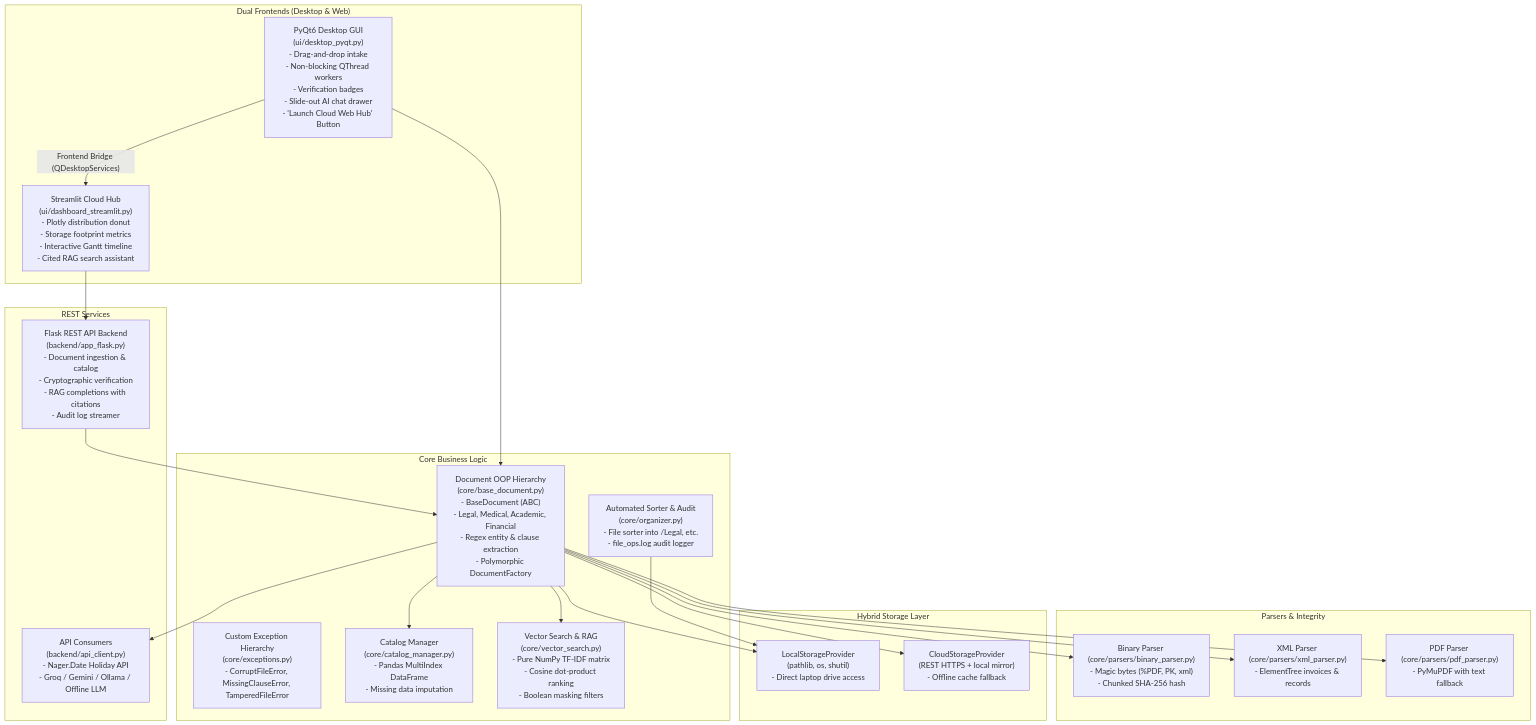
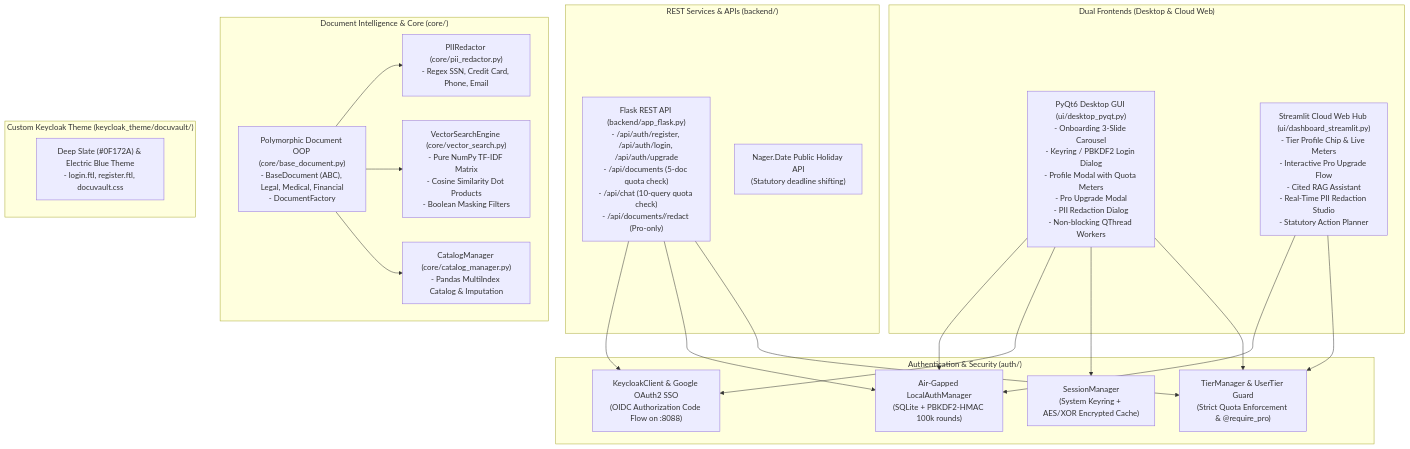
One commit to musxsid/DocuVault changed the diagram in README.md. Above: the diagram before and after it, drawn with Mermaid. The commit also changed other lines of this file and 116 other files, not shown here.

Commit message:
feat: initialize DocuVault core modules, UI components, authentication, and test suite

````diff
--- a/README.md
+++ b/README.md
@@ -16,45 +39,43 @@
 ```mermaid
 graph TB
-    subgraph "Dual Frontends (Desktop & Web)"
-        PyQt["PyQt6 Desktop GUI\n(ui/desktop_pyqt.py)\n- Drag-and-drop intake\n- Non-blocking QThread workers\n- Verification badges\n- Slide-out AI chat drawer\n- 'Launch Cloud Web Hub' Button"]
-        Streamlit["Streamlit Cloud Hub\n(ui/dashboard_streamlit.py)\n- Plotly distribution donut\n- Storage footprint metrics\n- Interactive Gantt timeline\n- Cited RAG search assistant"]
+    subgraph "Dual Frontends (Desktop & Cloud Web)"
+        PyQt["PyQt6 Desktop GUI (ui/desktop_pyqt.py)\n- Onboarding 3-Slide Carousel\n- Keyring / PBKDF2 Login Dialog\n- Profile Modal with Quota Meters\n- Pro Upgrade Modal\n- PII Redaction Dialog\n- Non-blocking QThread Workers"]
+        Streamlit["Streamlit Cloud Web Hub (ui/dashboard_streamlit.py)\n- Tier Profile Chip & Live Meters\n- Interactive Pro Upgrade Flow\n- Cited RAG Assistant\n- Real-Time PII Redaction Studio\n- Statutory Action Planner"]
     end
 
-    subgraph "REST Services"
-        Flask["Flask REST API Backend\n(backend/app_flask.py)\n- Document ingestion & catalog\n- Cryptographic verification\n- RAG completions with citations\n- Audit log streamer"]
-        APIClient["API Consumers\n(backend/api_client.py)\n- Nager.Date Holiday API\n- Groq / Gemini / Ollama / Offline LLM"]
+    subgraph "Authentication & Security (auth/)"
+        LocalAuth["Air-Gapped LocalAuthManager\n(SQLite + PBKDF2-HMAC 100k rounds)"]
+        Keycloak["KeycloakClient & Google OAuth2 SSO\n(OIDC Authorization Code Flow on :8088)"]
+        SessionMgr["SessionManager\n(System Keyring + AES/XOR Encrypted Cache)"]
+        TierMgr["TierManager & UserTier Guard\n(Strict Quota Enforcement & @require_pro)"]
     end
 
-    subgraph "Core Business Logic"
-        DocOOP["Document OOP Hierarchy\n(core/base_document.py)\n- BaseDocument (ABC)\n- Legal, Medical, Academic, Financial\n- Regex entity & clause extraction\n- Polymorphic DocumentFactory"]
-        Exceptions["Custom Exception Hierarchy\n(core/exceptions.py)\n- CorruptFileError, MissingClauseError, TamperedFileError"]
-        Organizer["Automated Sorter & Audit\n(core/organizer.py)\n- File sorter into /Legal, etc.\n- file_ops.log audit logger"]
-        Catalog["Catalog Manager\n(core/catalog_manager.py)\n- Pandas MultiIndex DataFrame\n- Missing data imputation"]
-        VectorEngine["Vector Search & RAG\n(core/vector_search.py)\n- Pure NumPy TF-IDF matrix\n- Cosine dot-product ranking\n- Boolean masking filters"]
+    subgraph "REST Services & APIs (backend/)"
+        Flask["Flask REST API (backend/app_flask.py)\n- /api/auth/register, /api/auth/login, /api/auth/upgrade\n- /api/documents (5-doc quota check)\n- /api/chat (10-query quota check)\n- /api/documents/<id>/redact (Pro-only)"]
+        PublicHoliday["Nager.Date Public Holiday API\n(Statutory deadline shifting)"]
     end
 
-    subgraph "Parsers & Integrity"
-        BinParser["Binary Parser (core/parsers/binary_parser.py)\n- Magic bytes (%PDF, PK, xml)\n- Chunked SHA-256 hash"]
-        XMLParser["XML Parser (core/parsers/xml_parser.py)\n- ElementTree invoices & records"]
-        PDFParser["PDF Parser (core/parsers/pdf_parser.py)\n- PyMuPDF with text fallback"]
+    subgraph "Document Intelligence & Core (core/)"
+        DocOOP["Polymorphic Document OOP (core/base_document.py)\n- BaseDocument (ABC), Legal, Medical, Financial\n- DocumentFactory"]
+        PIIEngine["PIIRedactor (core/pii_redactor.py)\n- Regex SSN, Credit Card, Phone, Email"]
+        VectorEngine["VectorSearchEngine (core/vector_search.py)\n- Pure NumPy TF-IDF Matrix\n- Cosine Similarity Dot Products\n- Boolean Masking Filters"]
+        Catalog["CatalogManager (core/catalog_manager.py)\n- Pandas MultiIndex Catalog & Imputation"]
     end
 
-    subgraph "Hybrid Storage Layer"
-        LocalStorage["LocalStorageProvider\n(pathlib, os, shutil)\n- Direct laptop drive access"]
-        CloudStorage["CloudStorageProvider\n(REST HTTPS + local mirror)\n- Offline cache fallback"]
+    subgraph "Custom Keycloak Theme (keycloak_theme/docuvault/)"
+        Theme["Deep Slate (#0F172A) & Electric Blue Theme\n- login.ftl, register.ftl, docuvault.css"]
     end
 
-    PyQt -->|"Frontend Bridge (QDesktopServices)"| Streamlit
-    PyQt --> DocOOP
-    Streamlit --> Flask
-    Flask --> DocOOP
-    DocOOP --> BinParser
-    DocOOP --> XMLParser
-    DocOOP --> PDFParser
-    DocOOP --> LocalStorage
-    DocOOP --> CloudStorage
+    PyQt --> TierMgr
+    PyQt --> SessionMgr
+    PyQt --> Keycloak
+    PyQt --> LocalAuth
+    Streamlit --> TierMgr
+    Streamlit --> LocalAuth
+    Flask --> TierMgr
+    Flask --> LocalAuth
+    Flask --> Keycloak
+    DocOOP --> PIIEngine
     DocOOP --> VectorEngine
     DocOOP --> Catalog
-    Organizer --> LocalStorage
-    DocOOP --> APIClient
 ```
````
